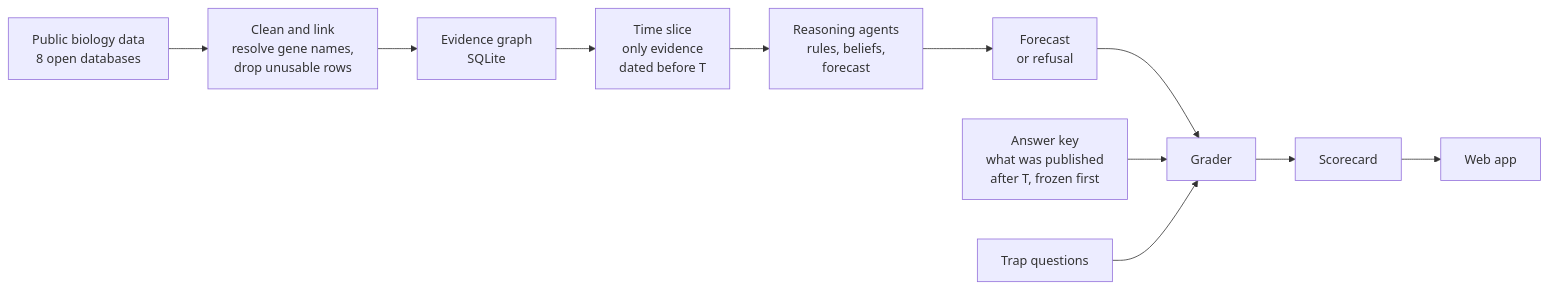
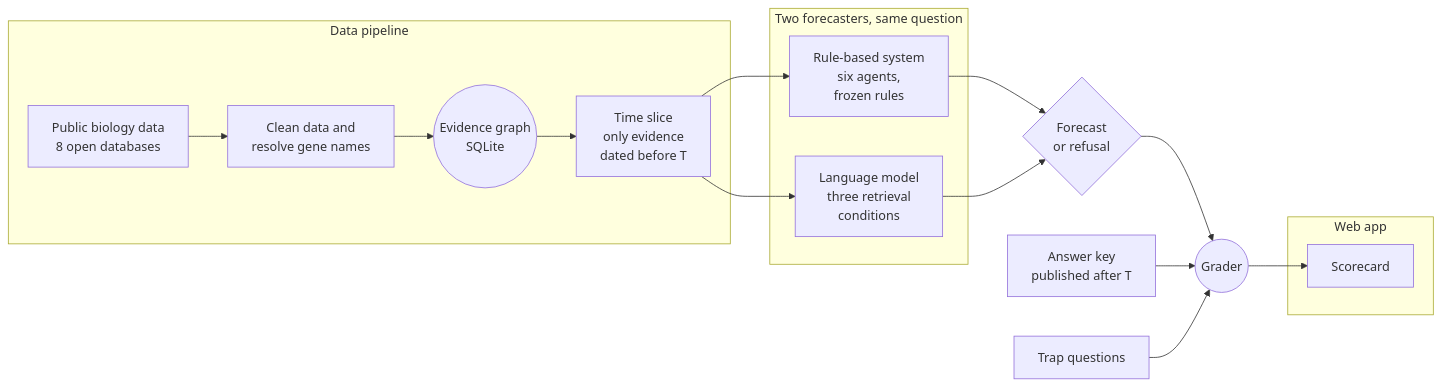
Before and after one commit to sharduldhaul/crispr-hindcast: the diagram in diagrams/system_architecture.mmd, drawn with Mermaid. The commit also changed 4 other files, not shown here.

```diff
--- a/diagrams/system_architecture.mmd
+++ b/diagrams/system_architecture.mmd
@@ -1,19 +1,33 @@
 %% CRISPR HINDCAST: system architecture, kept deliberately simple.
-%% Import into Excalidraw with More tools > Mermaid to Excalidraw.
+%% Rendered with the Excalidraw CLI:
+%%   npx -y @excalidraw/cli@0.3.0 mermaid diagrams/system_architecture.mmd \
+%%     --out diagrams/system_architecture.png --theme dark --scale 2
 flowchart LR
-    sources["Public biology data<br/>8 open databases"]
-    clean["Clean and link<br/>resolve gene names,<br/>drop unusable rows"]
-    store["Evidence graph<br/>SQLite"]
-    slice["Time slice<br/>only evidence<br/>dated before T"]
-    agents["Reasoning agents<br/>rules, beliefs,<br/>forecast"]
-    output["Forecast<br/>or refusal"]
-    key["Answer key<br/>what was published<br/>after T, frozen first"]
+    subgraph pipeline["Data pipeline"]
+        sources["Public biology data<br/>8 open databases"]
+        clean["Clean data and<br/>resolve gene names"]
+        store(("Evidence graph<br/>SQLite"))
+        slice["Time slice<br/>only evidence<br/>dated before T"]
+        sources --> clean --> store --> slice
+    end
+
+    subgraph forecasters["Two forecasters, same question"]
+        rules["Rule-based system<br/>six agents,<br/>frozen rules"]
+        model["Language model<br/>three retrieval<br/>conditions"]
+    end
+
+    output{"Forecast<br/>or refusal"}
+    key["Answer key<br/>published after T"]
     traps["Trap questions"]
-    grader["Grader"]
-    score["Scorecard"]
-    app["Web app"]
+    grader(("Grader"))
 
-    sources --> clean --> store --> slice --> agents --> output --> grader
+    subgraph app["Web app"]
+        score["Scorecard"]
+    end
+
+    slice --> rules --> output
+    slice --> model --> output
+    output --> grader
     key --> grader
     traps --> grader
-    grader --> score --> app
+    grader --> score
```
